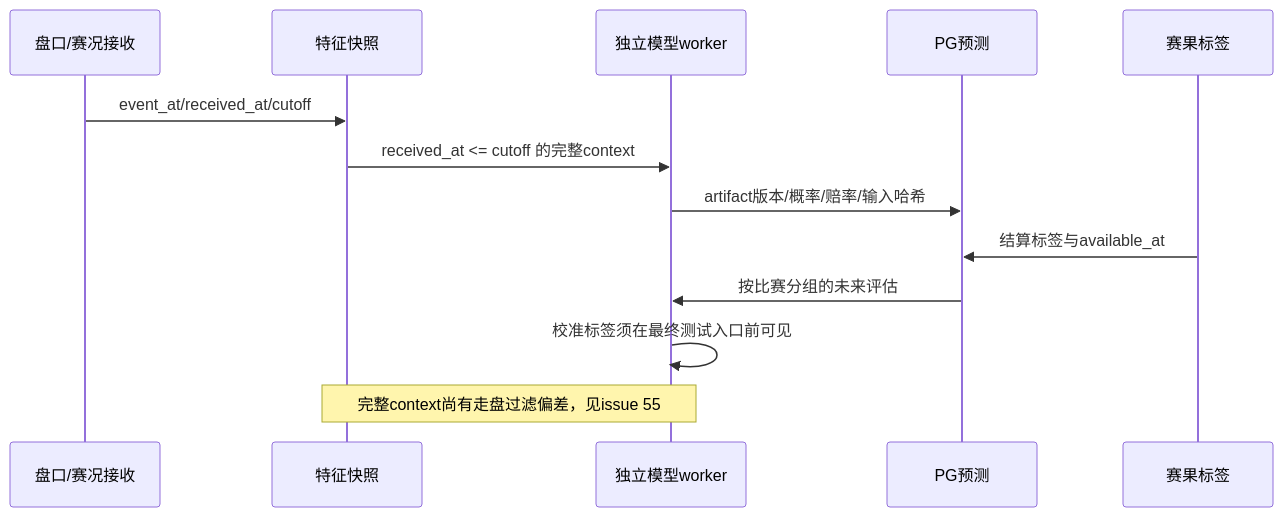
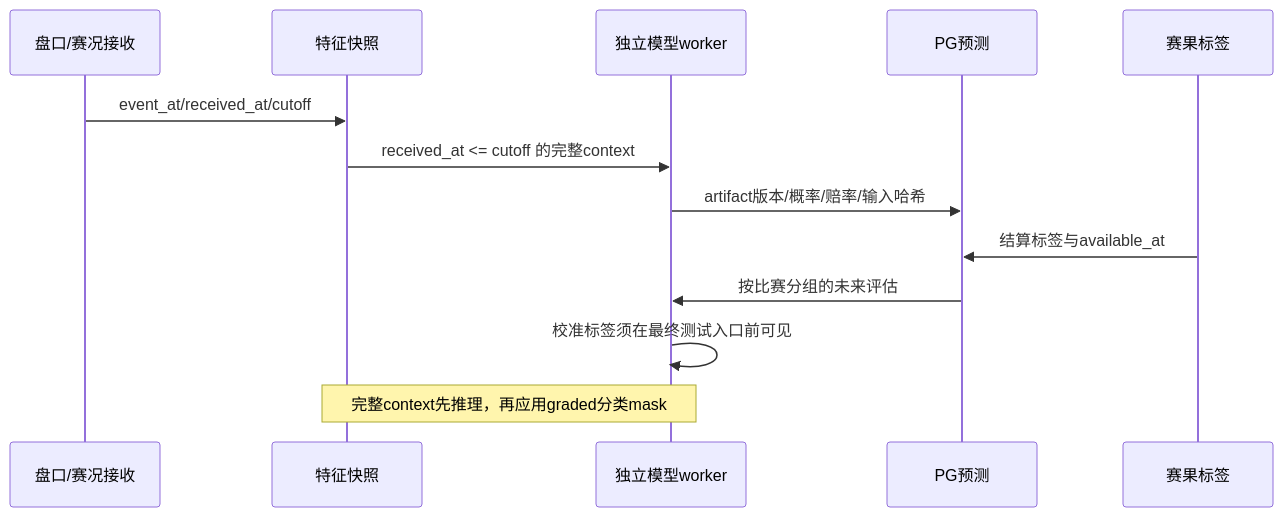
Before and after one commit to 1420970597/ai_football: the second of 3 diagrams in reports/decision-algorithm-model-audit/REPORT.md, drawn with Mermaid. The commit also changed other lines of this file and 53 other files, not shown here.

````diff
--- a/reports/decision-algorithm-model-audit/REPORT.md
+++ b/reports/decision-algorithm-model-audit/REPORT.md
@@ -81,15 +81,15 @@
 ```mermaid
 sequenceDiagram
     participant Q as 盘口/赛况接收
     participant F as 特征快照
     participant W as 独立模型worker
     participant P as PG预测
     participant L as 赛果标签
     Q->>F: event_at/received_at/cutoff
     F->>W: received_at <= cutoff 的完整context
     W->>P: artifact版本/概率/赔率/输入哈希
     L->>P: 结算标签与available_at
     P->>W: 按比赛分组的未来评估
     W->>W: 校准标签须在最终测试入口前可见
-    Note over F,W: 完整context尚有走盘过滤偏差，见issue 55
+    Note over F,W: 完整context先推理，再应用graded分类mask
 ```
````
